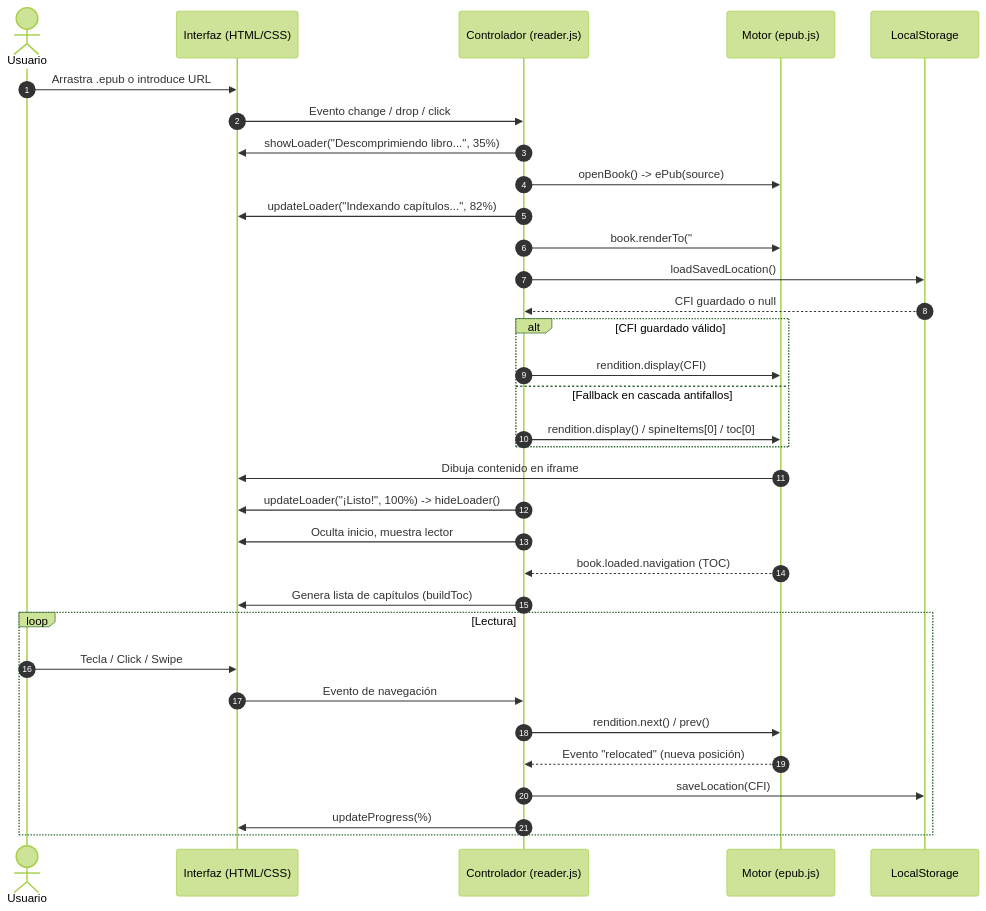
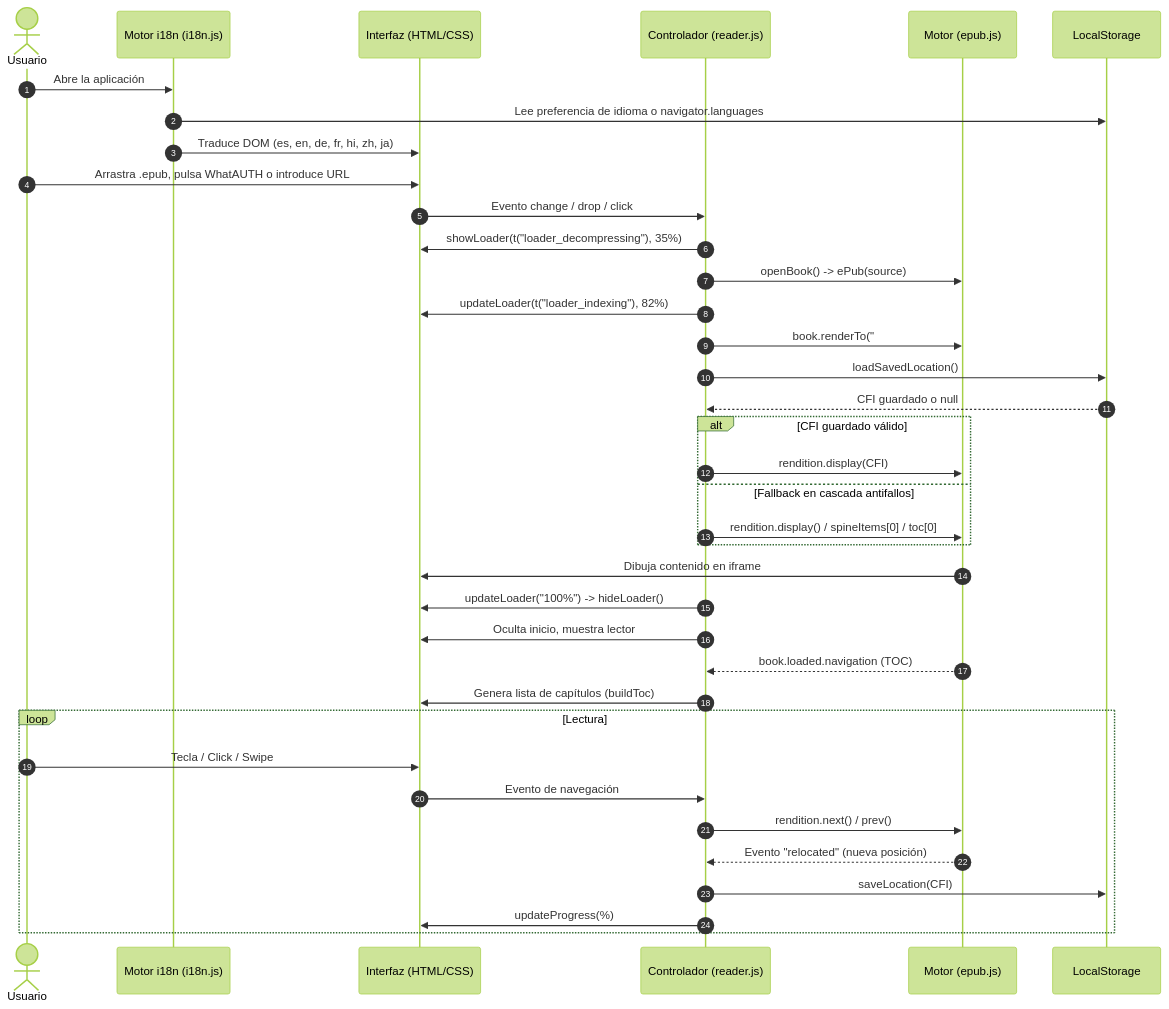
Before and after one commit to fenixninja/epub-reader: the diagram in guide.md, drawn with Mermaid (forest theme). The commit also changed other lines of this file, not shown here.

````diff
--- a/guide.md
+++ b/guide.md
@@ -259,37 +216,41 @@
 ```mermaid
 sequenceDiagram
     autonumber
     actor Usuario
+    participant I18n as Motor i18n (i18n.js)
     participant UI as Interfaz (HTML/CSS)
     participant Reader as Controlador (reader.js)
     participant EpubJS as Motor (epub.js)
     participant Storage as LocalStorage
 
-    Usuario->>UI: Arrastra .epub o introduce URL
+    Usuario->>I18n: Abre la aplicación
+    I18n->>Storage: Lee preferencia de idioma o navigator.languages
+    I18n->>UI: Traduce DOM (es, en, de, fr, hi, zh, ja)
+    Usuario->>UI: Arrastra .epub, pulsa WhatAUTH o introduce URL
     UI->>Reader: Evento change / drop / click
-    Reader->>UI: showLoader("Descomprimiendo libro...", 35%)
+    Reader->>UI: showLoader(t("loader_decompressing"), 35%)
     Reader->>EpubJS: openBook() -> ePub(source)
-    Reader->>UI: updateLoader("Indexando capítulos...", 82%)
+    Reader->>UI: updateLoader(t("loader_indexing"), 82%)
     Reader->>EpubJS: book.renderTo("#viewer")
     Reader->>Storage: loadSavedLocation()
     Storage-->>Reader: CFI guardado o null
     alt CFI guardado válido
         Reader->>EpubJS: rendition.display(CFI)
     else Fallback en cascada antifallos
         Reader->>EpubJS: rendition.display() / spineItems[0] / toc[0]
     end
     EpubJS->>UI: Dibuja contenido en iframe
-    Reader->>UI: updateLoader("¡Listo!", 100%) -> hideLoader()
+    Reader->>UI: updateLoader("100%") -> hideLoader()
     Reader->>UI: Oculta inicio, muestra lector
     EpubJS-->>Reader: book.loaded.navigation (TOC)
     Reader->>UI: Genera lista de capítulos (buildToc)
     
     loop Lectura
         Usuario->>UI: Tecla / Click / Swipe
         UI->>Reader: Evento de navegación
         Reader->>EpubJS: rendition.next() / prev()
         EpubJS-->>Reader: Evento "relocated" (nueva posición)
         Reader->>Storage: saveLocation(CFI)
         Reader->>UI: updateProgress(%)
     end
 ```
````
